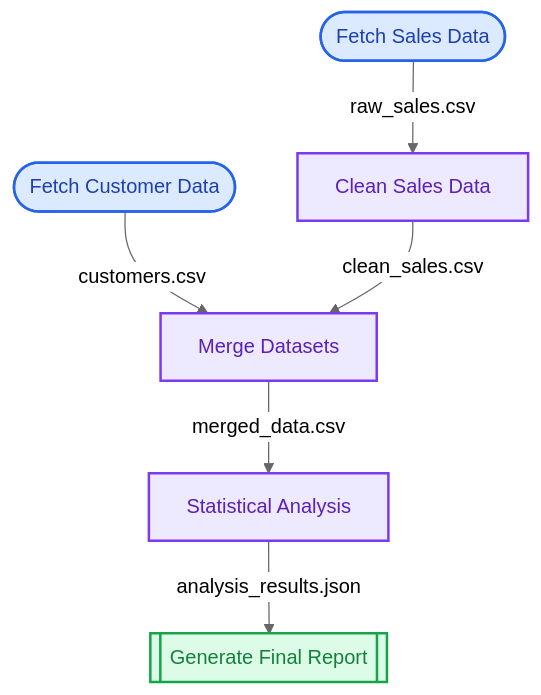
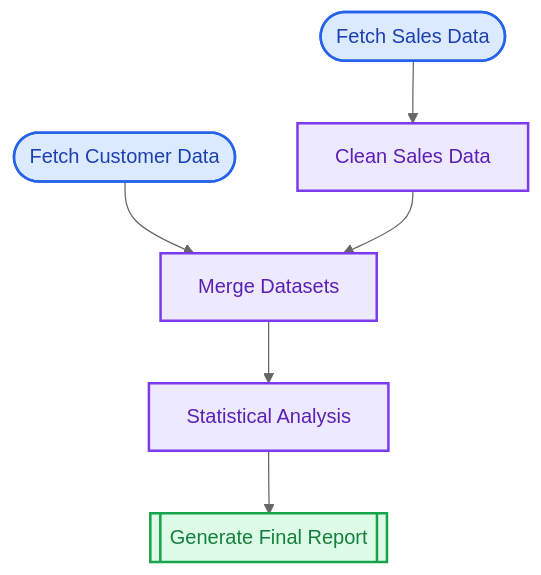
The second of 7 diagrams in README.md (pjt222/putior), drawn with Mermaid (neutral theme) before and after one commit. The commit also changed other lines of this file, not shown here.

````diff
--- a/README.md
+++ b/README.md
@@ -108,22 +116,22 @@
 ```mermaid
 flowchart TD
     fetch_sales([Fetch Sales Data])
     fetch_customers([Fetch Customer Data])
     clean_sales[Clean Sales Data]
     merge_data[Merge Datasets]
     analyze[Statistical Analysis]
     report[[Generate Final Report]]
 
-    fetch_sales -->|raw_sales.csv| clean_sales
-    fetch_customers -->|customers.csv| merge_data
-    clean_sales -->|clean_sales.csv| merge_data
-    merge_data -->|merged_data.csv| analyze
-    analyze -->|analysis_results.json| report
+    fetch_sales --> clean_sales
+    fetch_customers --> merge_data
+    clean_sales --> merge_data
+    merge_data --> analyze
+    analyze --> report
     
     classDef inputStyle fill:#dbeafe,stroke:#2563eb,stroke-width:2px,color:#1e40af
     classDef processStyle fill:#ede9fe,stroke:#7c3aed,stroke-width:2px,color:#5b21b6
     classDef outputStyle fill:#dcfce7,stroke:#16a34a,stroke-width:2px,color:#15803d
     class fetch_sales,fetch_customers inputStyle
     class clean_sales,merge_data,analyze processStyle
     class report outputStyle
 ```
````
